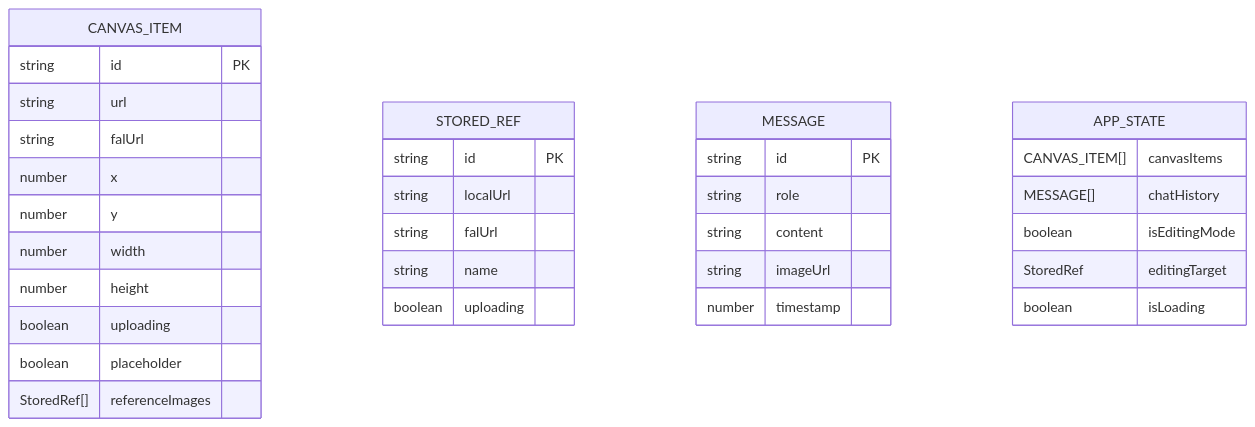
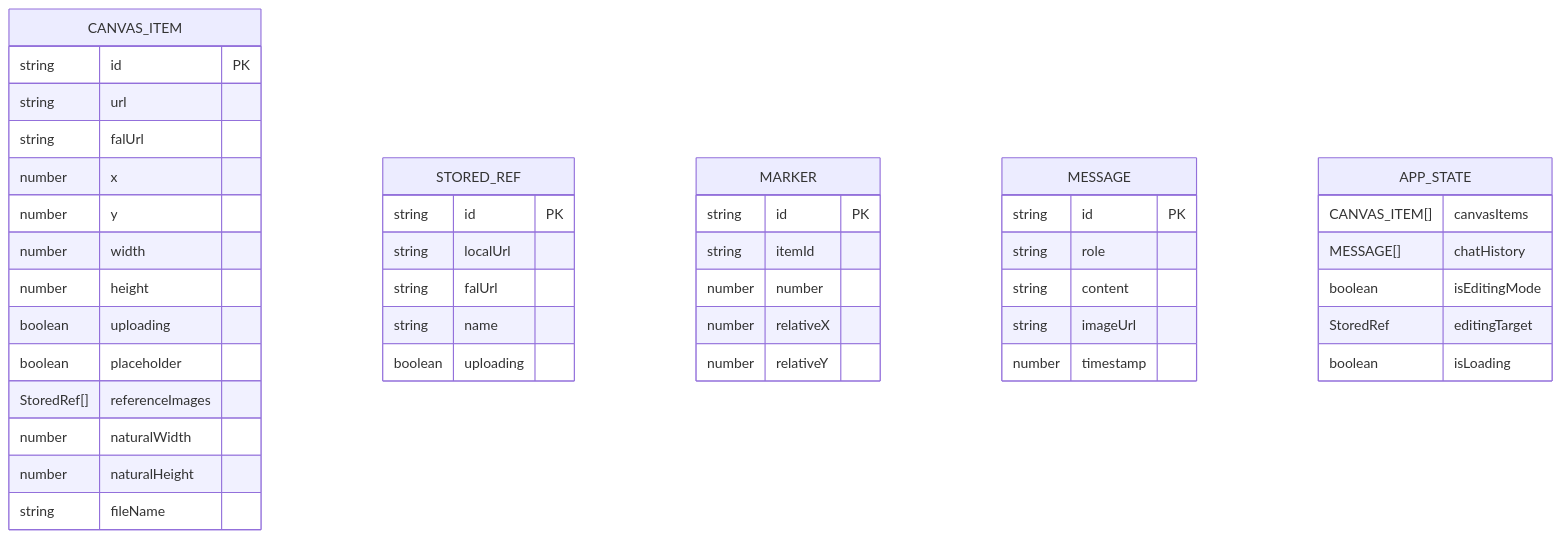
The sixth of 22 diagrams in .qoder/repowiki/zh/content/核心功能模块/画布交互系统.md (billye220670/BananaFlow2), drawn with Mermaid before and after one commit. The commit also changed other lines of this file and 10 other files, not shown here.

````diff
--- a/.qoder/repowiki/zh/content/核心功能模块/画布交互系统.md
+++ b/.qoder/repowiki/zh/content/核心功能模块/画布交互系统.md
@@ -171,36 +283,46 @@
 ```mermaid
 erDiagram
 CANVAS_ITEM {
 string id PK
 string url
 string falUrl
 number x
 number y
 number width
 number height
 boolean uploading
 boolean placeholder
 StoredRef[] referenceImages
+number naturalWidth
+number naturalHeight
+string fileName
 }
 STORED_REF {
 string id PK
 string localUrl
 string falUrl
 string name
 boolean uploading
+}
+MARKER {
+string id PK
+string itemId
+number number
+number relativeX
+number relativeY
 }
 MESSAGE {
 string id PK
 string role
 string content
 string imageUrl
 number timestamp
 }
 APP_STATE {
 CANVAS_ITEM[] canvasItems
 MESSAGE[] chatHistory
 boolean isEditingMode
 StoredRef editingTarget
 boolean isLoading
 }
 ```
````
